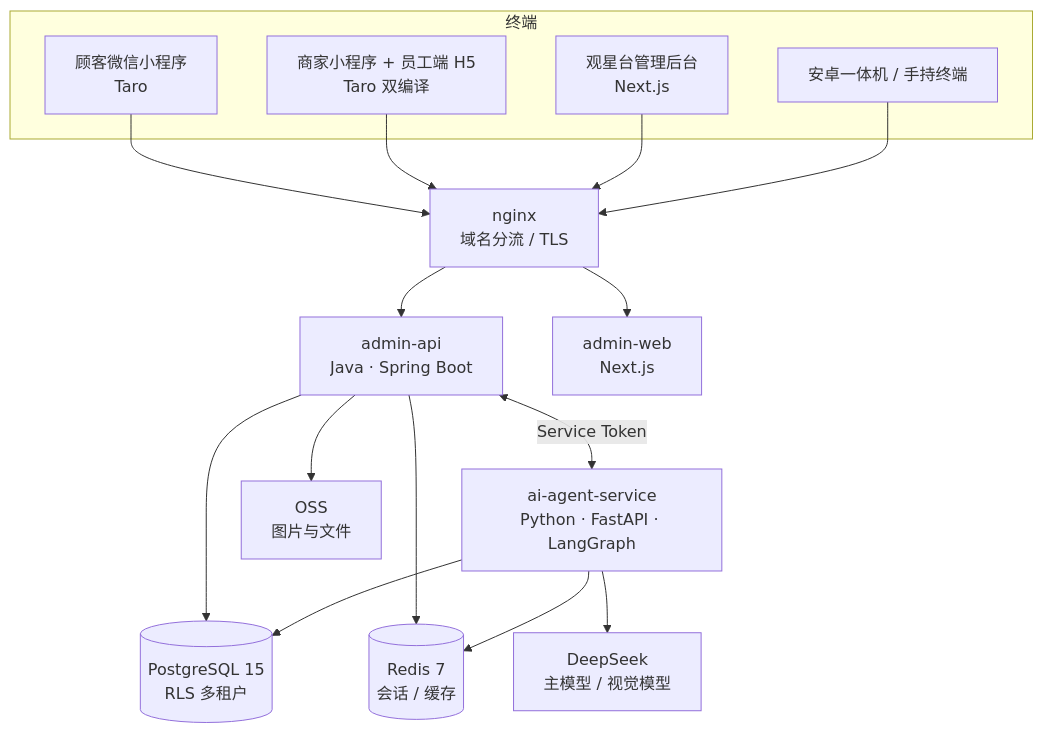
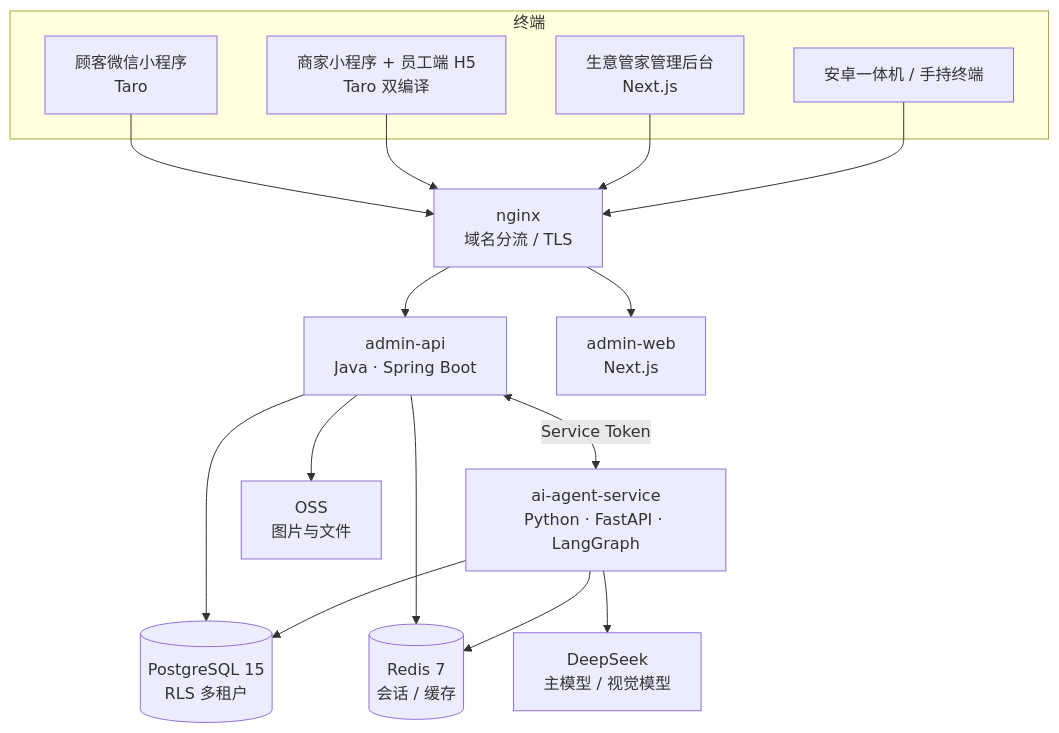
One commit to zhaokai-mgzn/migao changed the diagram in README.md. Above: the diagram before and after it, drawn with Mermaid. The commit also changed other lines of this file and 144 other files, not shown here.

````diff
--- a/README.md
+++ b/README.md
@@ -77,34 +77,34 @@
 ```mermaid
 graph TB
     subgraph terminals["终端"]
         A["顾客微信小程序<br/>Taro"]
         B["商家小程序 + 员工端 H5<br/>Taro 双编译"]
-        C["观星台管理后台<br/>Next.js"]
+        C["生意管家管理后台<br/>Next.js"]
         D["安卓一体机 / 手持终端"]
     end
 
     GW["nginx<br/>域名分流 / TLS"]
     A --> GW
     B --> GW
     C --> GW
     D --> GW
 
     API["admin-api<br/>Java · Spring Boot"]
     WEB["admin-web<br/>Next.js"]
     AGENT["ai-agent-service<br/>Python · FastAPI · LangGraph"]
     GW --> API
     GW --> WEB
     API <--> |Service Token| AGENT
 
     PG[("PostgreSQL 15<br/>RLS 多租户")]
     REDIS[("Redis 7<br/>会话 / 缓存")]
     LLM["DeepSeek<br/>主模型 / 视觉模型"]
     OSS["OSS<br/>图片与文件"]
 
     API --> PG
     AGENT --> PG
     API --> REDIS
     AGENT --> REDIS
     AGENT --> LLM
     API --> OSS
 ```
````
